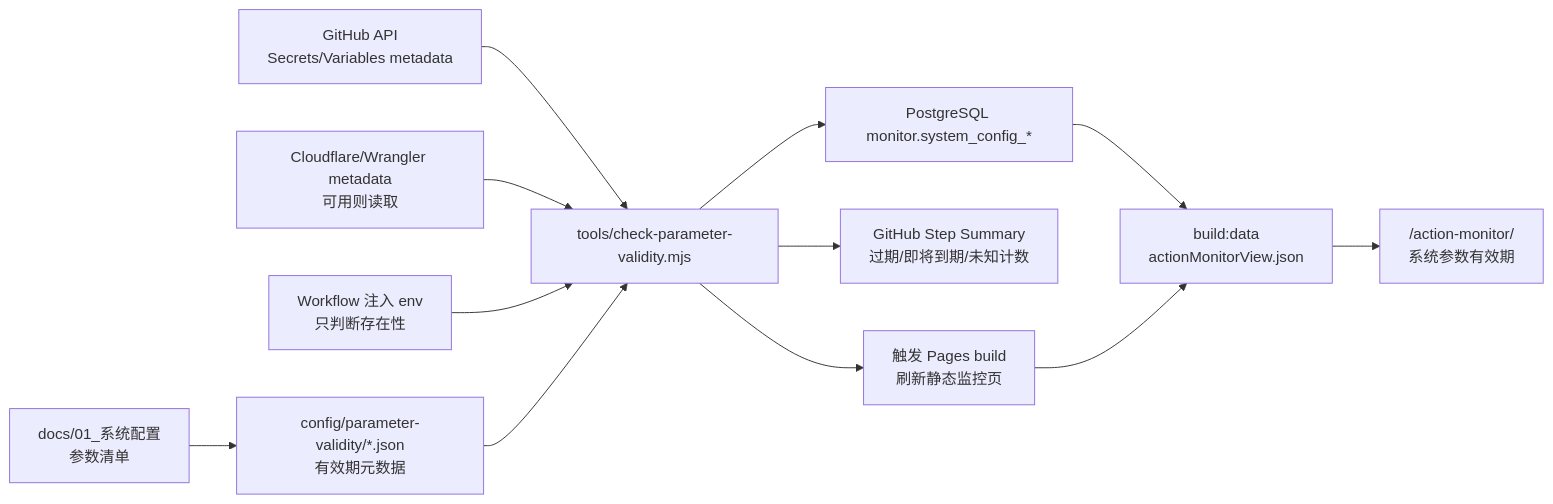
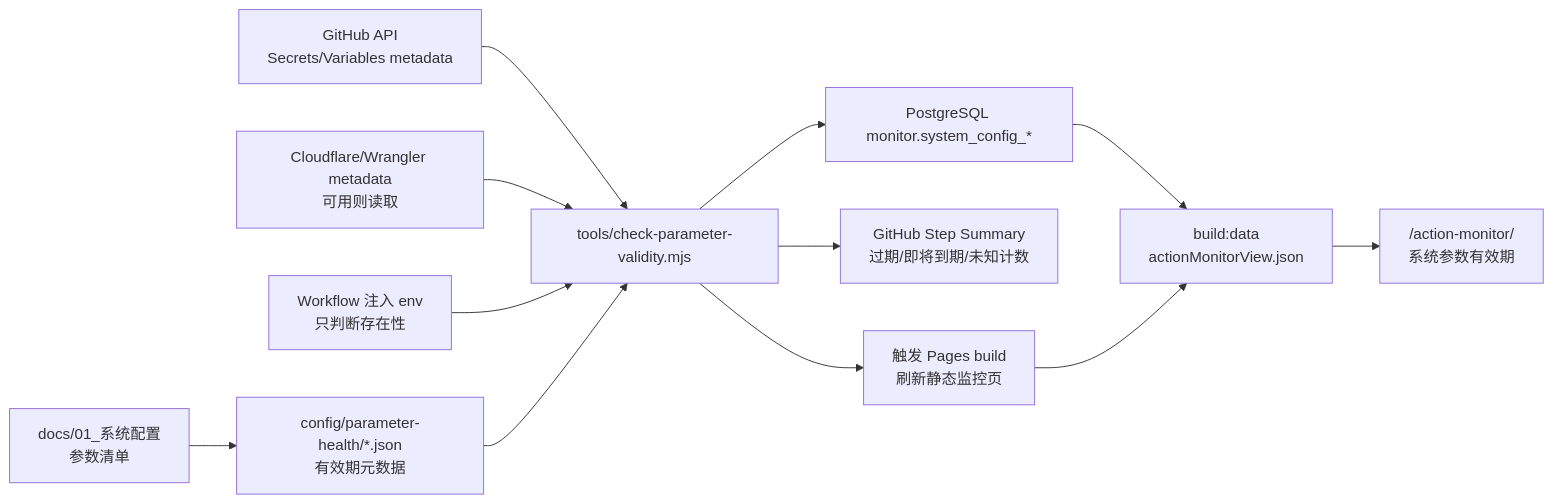
One commit to soulgo/training_records changed the diagram in docs/03_历史重构记录/重构历史/参数有效时间监控/README.md. Above: the diagram before and after it, drawn with Mermaid. The commit also changed other lines of this file and 41 other files, not shown here.

````diff
--- a/docs/03_历史重构记录/重构历史/参数有效时间监控/README.md
+++ b/docs/03_历史重构记录/重构历史/参数有效时间监控/README.md
@@ -77,14 +77,14 @@
 ```mermaid
 flowchart LR
-  Docs["docs/01_系统配置<br/>参数清单"] --> Registry["config/parameter-validity/*.json<br/>有效期元数据"]
+  Docs["docs/01_系统配置<br/>参数清单"] --> Registry["config/parameter-health/*.json<br/>有效期元数据"]
   GitHubMeta["GitHub API<br/>Secrets/Variables metadata"] --> Checker["tools/check-parameter-validity.mjs"]
   CloudflareMeta["Cloudflare/Wrangler metadata<br/>可用则读取"] --> Checker
   RuntimeEnv["Workflow 注入 env<br/>只判断存在性"] --> Checker
   Registry --> Checker
   Checker --> MonitorDB["PostgreSQL monitor.system_config_*"]
   Checker --> Summary["GitHub Step Summary<br/>过期/即将到期/未知计数"]
   MonitorDB --> BuildData["build:data<br/>actionMonitorView.json"]
   BuildData --> Page["/action-monitor/<br/>系统参数有效期"]
   Checker --> SiteRefresh["触发 Pages build<br/>刷新静态监控页"]
   SiteRefresh --> BuildData
 ```
````
